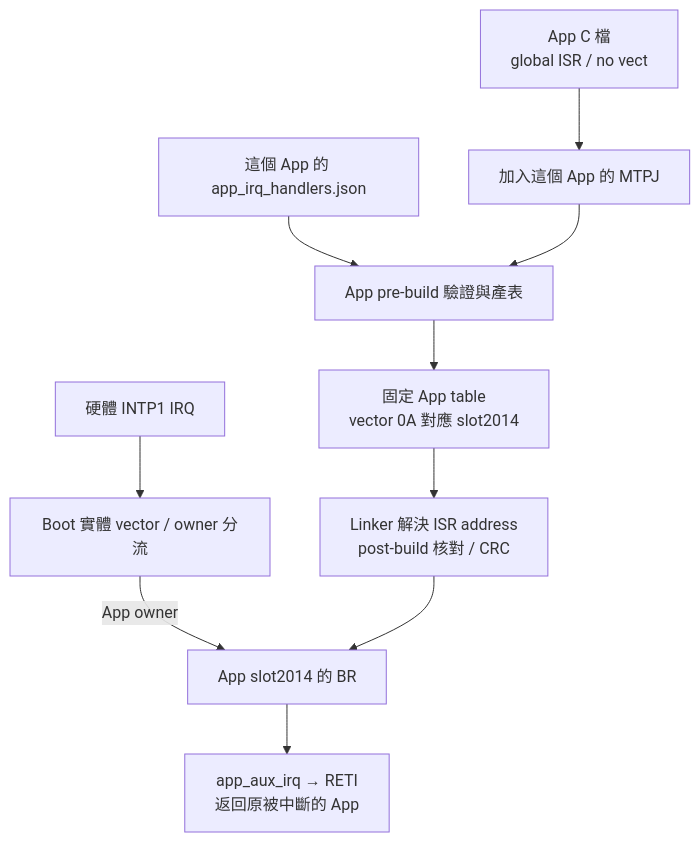
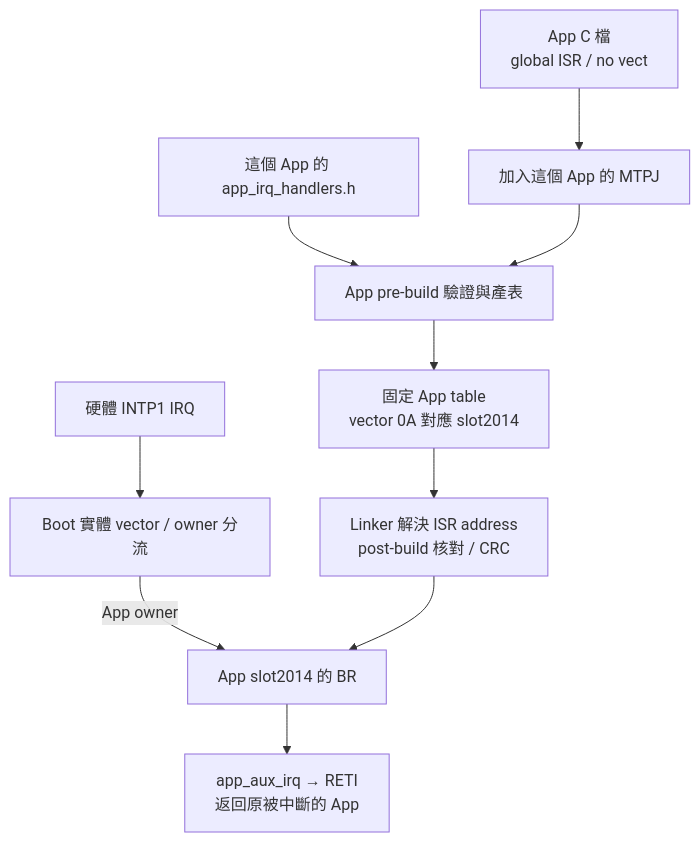
The fifth of 8 diagrams in index.md (released/slide_boot_loader_for_RL78), drawn with Mermaid before and after one commit. The commit also changed other lines of this file and 3 other files, not shown here.

````diff
--- a/index.md
+++ b/index.md
@@ -465,12 +524,12 @@
 ```mermaid
 flowchart TD
     C["App C 檔<br/>global ISR / no vect"] --> M["加入這個 App 的 MTPJ"]
-    J["這個 App 的 app_irq_handlers.json"] --> GEN["App pre-build 驗證與產表"]
+    J["這個 App 的 app_irq_handlers.h"] --> GEN["App pre-build 驗證與產表"]
     M --> GEN
     GEN --> TABLE["固定 App table<br/>vector 0A 對應 slot2014"]
     TABLE --> LINK["Linker 解決 ISR address<br/>post-build 核對 / CRC"]
     IRQ["硬體 INTP1 IRQ"] --> BOOT["Boot 實體 vector / owner 分流"]
     BOOT -->|"App owner"| SLOT["App slot2014 的 BR"]
     LINK --> SLOT
     SLOT --> ISR["app_aux_irq → RETI<br/>返回原被中斷的 App"]
 ```
````
